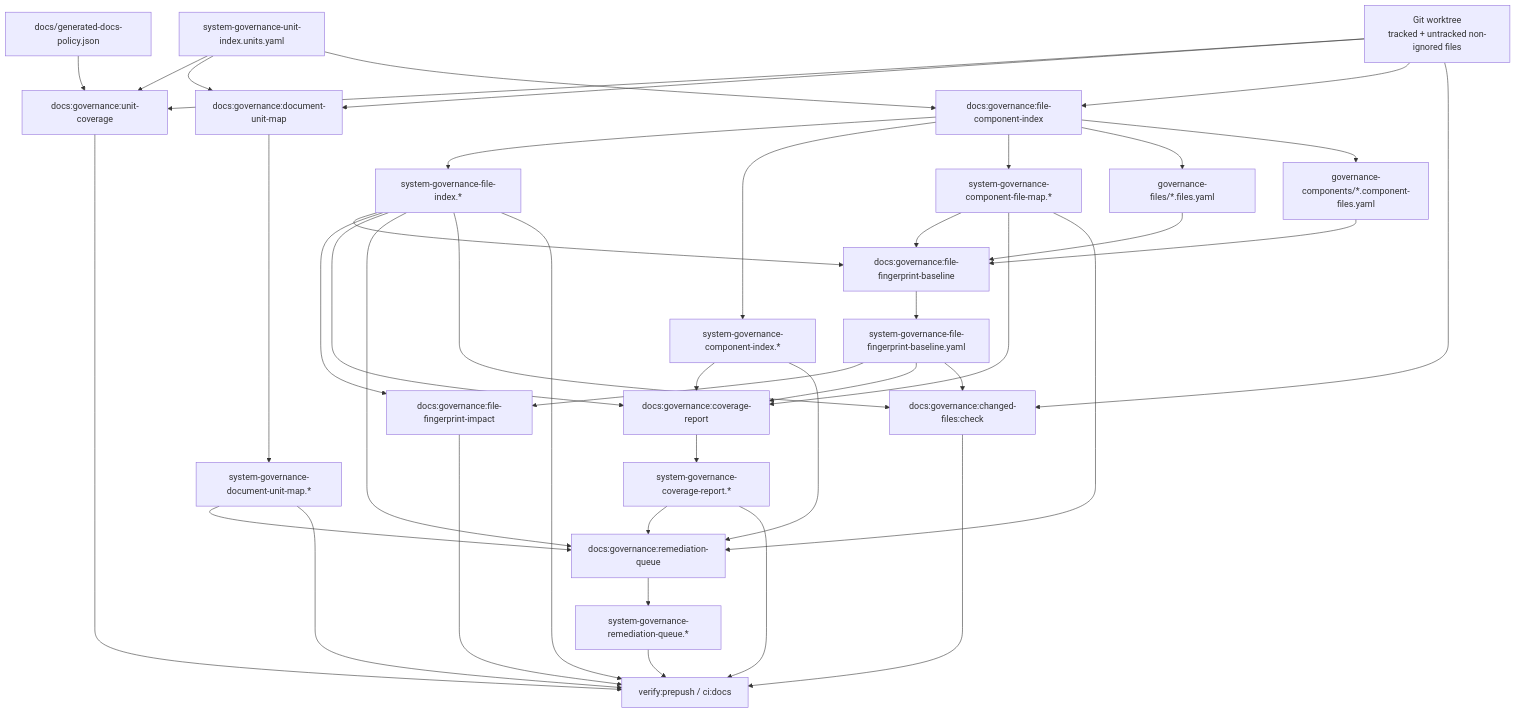
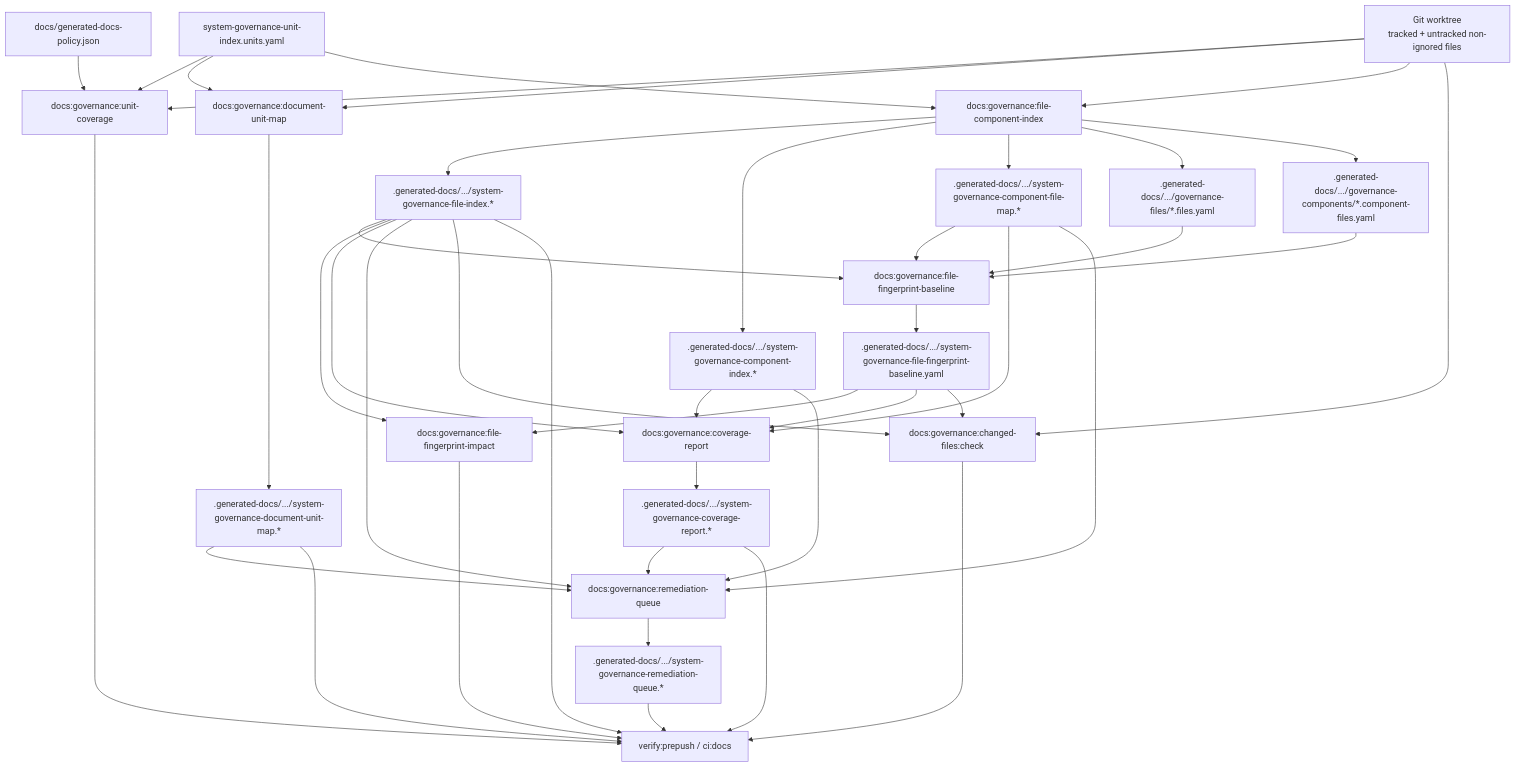
Before and after one commit to dunay2/dvt: the diagram in docs/architecture/components/ci-governance/system-governance-generation-workflow-component.md, drawn with Mermaid. The commit also changed other lines of this file and 77 other files, not shown here.

Commit message:
refactor(docs): Move governance generated artifacts out of Git

````diff
--- a/docs/architecture/components/ci-governance/system-governance-generation-workflow-component.md
+++ b/docs/architecture/components/ci-governance/system-governance-generation-workflow-component.md
@@ -68,57 +68,57 @@
 ```mermaid
 flowchart TD
   Worktree["Git worktree\ntracked + untracked non-ignored files"]
   UnitManifest["system-governance-unit-index.units.yaml"]
   GeneratedPolicy["docs/generated-docs-policy.json"]
   UnitCoverage["docs:governance:unit-coverage"]
   DocumentMap["docs:governance:document-unit-map"]
   FileComponent["docs:governance:file-component-index"]
   Fingerprint["docs:governance:file-fingerprint-baseline"]
   FingerprintImpact["docs:governance:file-fingerprint-impact"]
   Coverage["docs:governance:coverage-report"]
   Remediation["docs:governance:remediation-queue"]
   ChangedFiles["docs:governance:changed-files:check"]
   Prepush["verify:prepush / ci:docs"]
 
   Worktree --> UnitCoverage
   UnitManifest --> UnitCoverage
   GeneratedPolicy --> UnitCoverage
   UnitManifest --> DocumentMap
   Worktree --> DocumentMap
   UnitManifest --> FileComponent
   Worktree --> FileComponent
-  FileComponent --> FileIndex["system-governance-file-index.*"]
-  FileComponent --> ComponentIndex["system-governance-component-index.*"]
-  FileComponent --> ComponentMap["system-governance-component-file-map.*"]
-  FileComponent --> FileShards["governance-files/*.files.yaml"]
-  FileComponent --> ComponentShards["governance-components/*.component-files.yaml"]
-  DocumentMap --> DocumentMapOutputs["system-governance-document-unit-map.*"]
+  FileComponent --> FileIndex[".generated-docs/.../system-governance-file-index.*"]
+  FileComponent --> ComponentIndex[".generated-docs/.../system-governance-component-index.*"]
+  FileComponent --> ComponentMap[".generated-docs/.../system-governance-component-file-map.*"]
+  FileComponent --> FileShards[".generated-docs/.../governance-files/*.files.yaml"]
+  FileComponent --> ComponentShards[".generated-docs/.../governance-components/*.component-files.yaml"]
+  DocumentMap --> DocumentMapOutputs[".generated-docs/.../system-governance-document-unit-map.*"]
   FileIndex --> Fingerprint
   FileShards --> Fingerprint
   ComponentMap --> Fingerprint
   ComponentShards --> Fingerprint
-  Fingerprint --> FingerprintBaseline["system-governance-file-fingerprint-baseline.yaml"]
+  Fingerprint --> FingerprintBaseline[".generated-docs/.../system-governance-file-fingerprint-baseline.yaml"]
   FingerprintBaseline --> FingerprintImpact
   FileIndex --> FingerprintImpact
   FileIndex --> Coverage
   ComponentIndex --> Coverage
   ComponentMap --> Coverage
   FingerprintBaseline --> Coverage
-  Coverage --> CoverageOutputs["system-governance-coverage-report.*"]
+  Coverage --> CoverageOutputs[".generated-docs/.../system-governance-coverage-report.*"]
   CoverageOutputs --> Remediation
   FileIndex --> Remediation
   ComponentIndex --> Remediation
   ComponentMap --> Remediation
   DocumentMapOutputs --> Remediation
-  Remediation --> RemediationOutputs["system-governance-remediation-queue.*"]
+  Remediation --> RemediationOutputs[".generated-docs/.../system-governance-remediation-queue.*"]
   FileIndex --> ChangedFiles
   FingerprintBaseline --> ChangedFiles
   Worktree --> ChangedFiles
   UnitCoverage --> Prepush
   DocumentMapOutputs --> Prepush
   FileIndex --> Prepush
   FingerprintImpact --> Prepush
   CoverageOutputs --> Prepush
   RemediationOutputs --> Prepush
   ChangedFiles --> Prepush
 ```
````
